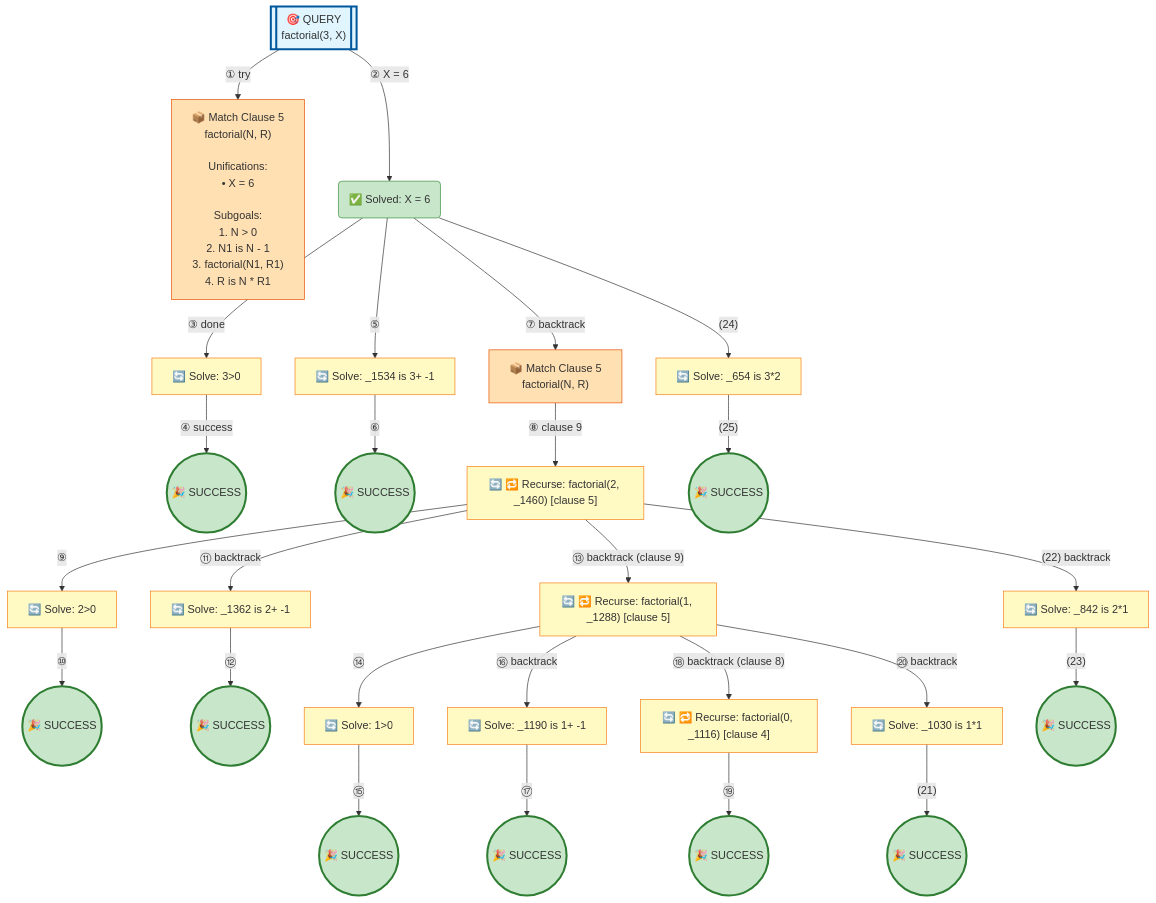
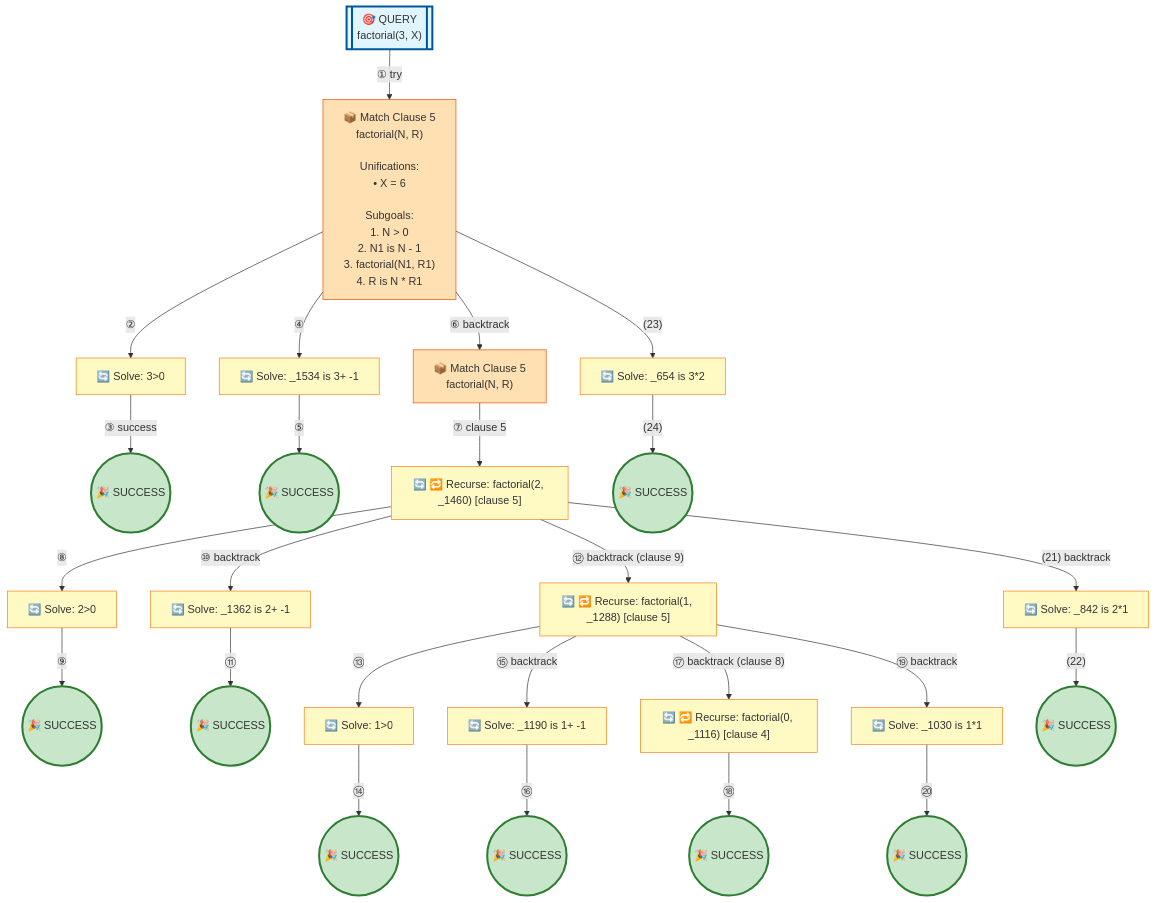
The diagram in examples/factorial-full.md (jarecsni/prolog-trace-viz), drawn with Mermaid before and after one commit. The commit also changed other lines of this file and 24 other files, not shown here.

````diff
--- a/examples/factorial-full.md
+++ b/examples/factorial-full.md
@@ -21,83 +21,80 @@
 %% Nodes
 A[["🎯 QUERY<br/>factorial(3, X)"]]
 B["📦 Match Clause 5<br/>factorial(N, R)<br/><br/>Unifications:<br/>• X = 6<br/><br/>Subgoals:<br/>1. N > 0<br/>2. N1 is N - 1<br/>3. factorial(N1, R1)<br/>4. R is N * R1"]
-C("✅ Solved: X = 6")
-D["🔄 Solve: 3>0"]
-E(("🎉 SUCCESS"))
-F["🔄 Solve: _1534 is 3+ -1"]
-G(("🎉 SUCCESS"))
-H["📦 Match Clause 5<br/>factorial(N, R)"]
-I["🔄 🔁 Recurse: factorial(2, _1460) [clause 5]"]
-J["🔄 Solve: 2>0"]
-K(("🎉 SUCCESS"))
-L["🔄 Solve: _1362 is 2+ -1"]
-M(("🎉 SUCCESS"))
-N["🔄 🔁 Recurse: factorial(1, _1288) [clause 5]"]
-O["🔄 Solve: 1>0"]
-P(("🎉 SUCCESS"))
-Q["🔄 Solve: _1190 is 1+ -1"]
-R(("🎉 SUCCESS"))
-S["🔄 🔁 Recurse: factorial(0, _1116) [clause 4]"]
-T(("🎉 SUCCESS"))
-U["🔄 Solve: _1030 is 1*1"]
-V(("🎉 SUCCESS"))
-W["🔄 Solve: _842 is 2*1"]
-X(("🎉 SUCCESS"))
-Y["🔄 Solve: _654 is 3*2"]
-Z(("🎉 SUCCESS"))
+C["🔄 Solve: 3>0"]
+D(("🎉 SUCCESS"))
+E["🔄 Solve: _1534 is 3+ -1"]
+F(("🎉 SUCCESS"))
+G["📦 Match Clause 5<br/>factorial(N, R)"]
+H["🔄 🔁 Recurse: factorial(2, _1460) [clause 5]"]
+I["🔄 Solve: 2>0"]
+J(("🎉 SUCCESS"))
+K["🔄 Solve: _1362 is 2+ -1"]
+L(("🎉 SUCCESS"))
+M["🔄 🔁 Recurse: factorial(1, _1288) [clause 5]"]
+N["🔄 Solve: 1>0"]
+O(("🎉 SUCCESS"))
+P["🔄 Solve: _1190 is 1+ -1"]
+Q(("🎉 SUCCESS"))
+R["🔄 🔁 Recurse: factorial(0, _1116) [clause 4]"]
+S(("🎉 SUCCESS"))
+T["🔄 Solve: _1030 is 1*1"]
+U(("🎉 SUCCESS"))
+V["🔄 Solve: _842 is 2*1"]
+W(("🎉 SUCCESS"))
+X["🔄 Solve: _654 is 3*2"]
+Y(("🎉 SUCCESS"))
 
 %% Edges
 A -->|"① try"| B
-A -->|"② X = 6"| C
-C -->|"③ done"| D
-D -->|"④ success"| E
-C -->|"⑤"| F
-F -->|"⑥"| G
-C -->|"⑦ backtrack"| H
-H -->|"⑧ clause 9"| I
+B -->|"②"| C
+C -->|"③ success"| D
+B -->|"④"| E
+E -->|"⑤"| F
+B -->|"⑥ backtrack"| G
+G -->|"⑦ clause 5"| H
+H -->|"⑧"| I
 I -->|"⑨"| J
-J -->|"⑩"| K
-I -->|"⑪ backtrack"| L
-L -->|"⑫"| M
-I -->|"⑬ backtrack (clause 9)"| N
+H -->|"⑩ backtrack"| K
+K -->|"⑪"| L
+H -->|"⑫ backtrack (clause 9)"| M
+M -->|"⑬"| N
 N -->|"⑭"| O
-O -->|"⑮"| P
-N -->|"⑯ backtrack"| Q
-Q -->|"⑰"| R
-N -->|"⑱ backtrack (clause 8)"| S
-S -->|"⑲"| T
-N -->|"⑳ backtrack"| U
-U -->|"(21)"| V
-I -->|"(22) backtrack"| W
-W -->|"(23)"| X
-C -->|"(24)"| Y
-Y -->|"(25)"| Z
+M -->|"⑮ backtrack"| P
+P -->|"⑯"| Q
+M -->|"⑰ backtrack (clause 8)"| R
+R -->|"⑱"| S
+M -->|"⑲ backtrack"| T
+T -->|"⑳"| U
+H -->|"(21) backtrack"| V
+V -->|"(22)"| W
+B -->|"(23)"| X
+X -->|"(24)"| Y
 
 %% Styles
 style A fill:#e1f5ff,stroke:#01579b,stroke-width:3px
 style B fill:#ffe0b2,stroke:#e65100
-style C fill:#c8e6c9,stroke:#388e3c
-style D fill:#fff9c4,stroke:#f57f17
-style E fill:#c8e6c9,stroke:#2e7d32,stroke-width:3px
-style F fill:#fff9c4,stroke:#f57f17
-style G fill:#c8e6c9,stroke:#2e7d32,stroke-width:3px
-style H fill:#ffe0b2,stroke:#e65100
+style C fill:#fff9c4,stroke:#f57f17
+style D fill:#c8e6c9,stroke:#2e7d32,stroke-width:3px
+style E fill:#fff9c4,stroke:#f57f17
+style F fill:#c8e6c9,stroke:#2e7d32,stroke-width:3px
+style G fill:#ffe0b2,stroke:#e65100
+style H fill:#fff9c4,stroke:#f57f17
 style I fill:#fff9c4,stroke:#f57f17
-style J fill:#fff9c4,stroke:#f57f17
-style K fill:#c8e6c9,stroke:#2e7d32,stroke-width:3px
-style L fill:#fff9c4,stroke:#f57f17
-style M fill:#c8e6c9,stroke:#2e7d32,stroke-width:3px
+style J fill:#c8e6c9,stroke:#2e7d32,stroke-width:3px
+style K fill:#fff9c4,stroke:#f57f17
+style L fill:#c8e6c9,stroke:#2e7d32,stroke-width:3px
+style M fill:#fff9c4,stroke:#f57f17
 style N fill:#fff9c4,stroke:#f57f17
-style O fill:#fff9c4,stroke:#f57f17
-style P fill:#c8e6c9,stroke:#2e7d32,stroke-width:3px
-style Q fill:#fff9c4,stroke:#f57f17
-style R fill:#c8e6c9,stroke:#2e7d32,stroke-width:3px
-style S fill:#fff9c4,stroke:#f57f17
-style T fill:#c8e6c9,stroke:#2e7d32,stroke-width:3px
-style U fill:#fff9c4,stroke:#f57f17
-style V fill:#c8e6c9,stroke:#2e7d32,stroke-width:3px
-style W fill:#fff9c4,stroke:#f57f17
-style X fill:#c8e6c9,stroke:#2e7d32,stroke-width:3px
-style Y fill:#fff9c4,stroke:#f57f17
-style Z fill:#c8e6c9,stroke:#2e7d32,stroke-width:3px
+style O fill:#c8e6c9,stroke:#2e7d32,stroke-width:3px
+style P fill:#fff9c4,stroke:#f57f17
+style Q fill:#c8e6c9,stroke:#2e7d32,stroke-width:3px
+style R fill:#fff9c4,stroke:#f57f17
+style S fill:#c8e6c9,stroke:#2e7d32,stroke-width:3px
+style T fill:#fff9c4,stroke:#f57f17
+style U fill:#c8e6c9,stroke:#2e7d32,stroke-width:3px
+style V fill:#fff9c4,stroke:#f57f17
+style W fill:#c8e6c9,stroke:#2e7d32,stroke-width:3px
+style X fill:#fff9c4,stroke:#f57f17
+style Y fill:#c8e6c9,stroke:#2e7d32,stroke-width:3px
 ```
````
